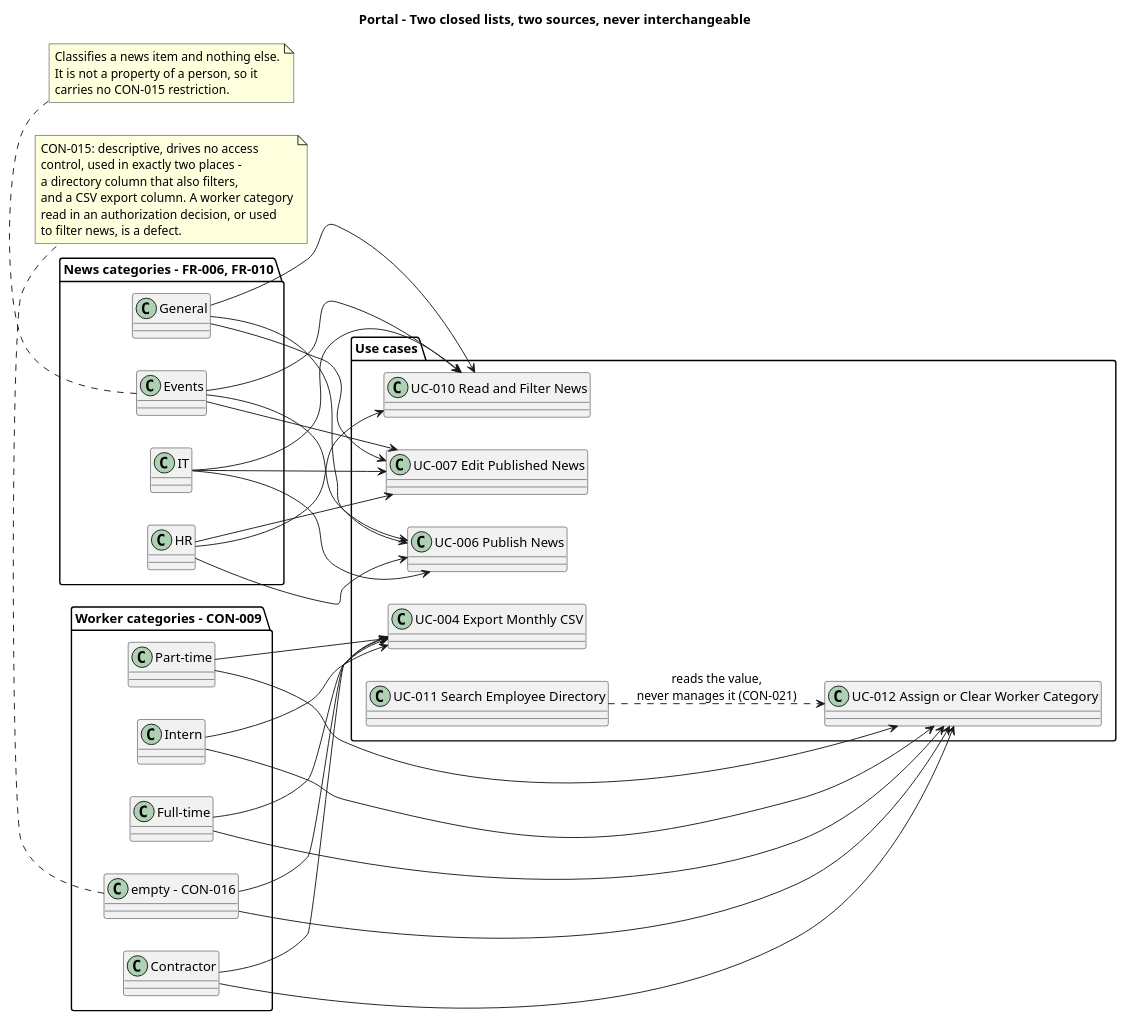
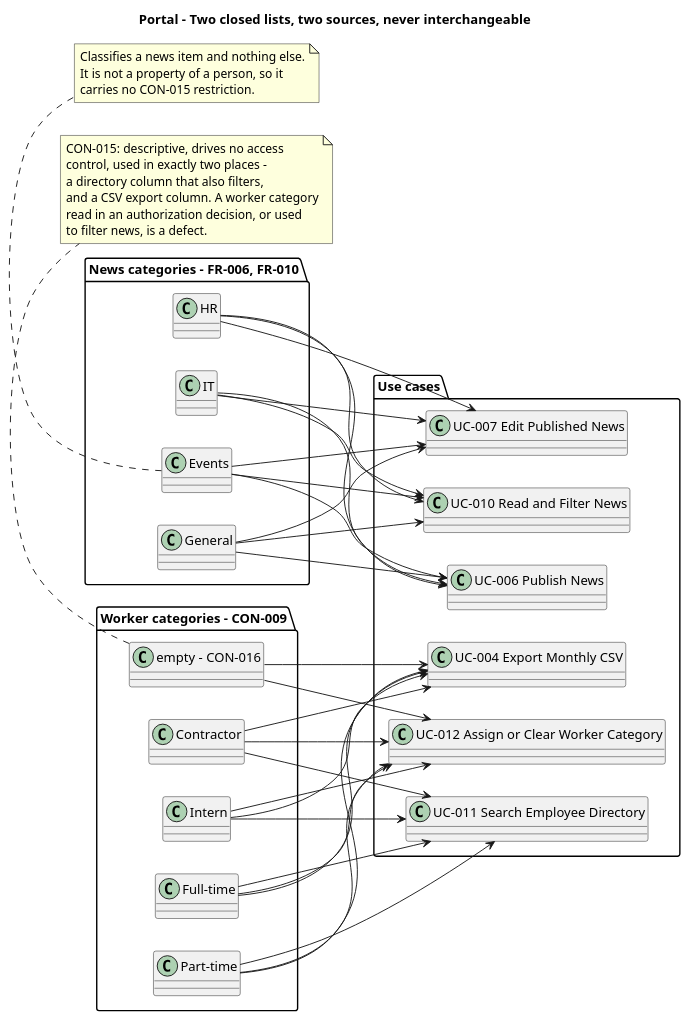
The second of 6 diagrams in docs/artifacts/requirements/supplementary-specification.md (banense-test/portal), drawn with PlantUML before and after one commit. The commit also changed other lines of this file, not shown here.

````diff
--- a/docs/artifacts/requirements/supplementary-specification.md
+++ b/docs/artifacts/requirements/supplementary-specification.md
@@ -192,72 +192,74 @@
 ```plantuml
 @startuml
 title Portal - Two closed lists, two sources, never interchangeable
 
 left to right direction
 
 package "News categories - FR-006, FR-010" {
   class "General" as NC1
   class "HR" as NC2
   class "IT" as NC3
   class "Events" as NC4
 }
 
 package "Worker categories - CON-009" {
   class "Full-time" as WC1
   class "Part-time" as WC2
   class "Contractor" as WC3
   class "Intern" as WC4
   class "empty - CON-016" as WC5
 }
 
 package "Use cases" {
   class "UC-006 Publish News" as UC006
   class "UC-007 Edit Published News" as UC007
   class "UC-010 Read and Filter News" as UC010
   class "UC-004 Export Monthly CSV" as UC004
+  class "UC-011 Search Employee Directory" as UC011
   class "UC-012 Assign or Clear Worker Category" as UC012
-  class "UC-011 Search Employee Directory" as UC011
 }
 
 NC1 --> UC006
 NC2 --> UC006
 NC3 --> UC006
 NC4 --> UC006
 NC1 --> UC007
 NC2 --> UC007
 NC3 --> UC007
 NC4 --> UC007
 NC1 --> UC010
 NC2 --> UC010
 NC3 --> UC010
 NC4 --> UC010
 
 WC1 --> UC004
 WC2 --> UC004
 WC3 --> UC004
 WC4 --> UC004
 WC5 --> UC004
+WC1 --> UC011
+WC2 --> UC011
+WC3 --> UC011
+WC4 --> UC011
 WC1 --> UC012
 WC2 --> UC012
 WC3 --> UC012
 WC4 --> UC012
 WC5 --> UC012
-
-UC011 ..> UC012 : reads the value,\nnever manages it (CON-021)
 
 note bottom of NC4
   Classifies a news item and nothing else.
   It is not a property of a person, so it
   carries no CON-015 restriction.
 end note
 
 note bottom of WC5
   CON-015: descriptive, drives no access
   control, used in exactly two places -
   a directory column that also filters,
   and a CSV export column. A worker category
   read in an authorization decision, or used
   to filter news, is a defect.
 end note
 @enduml
 ```
````
